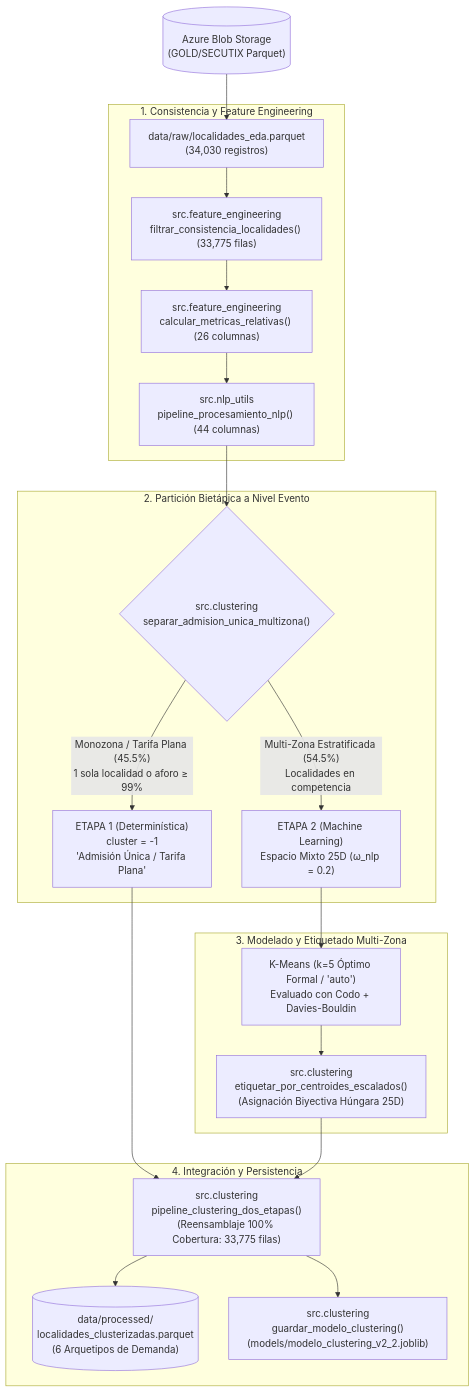
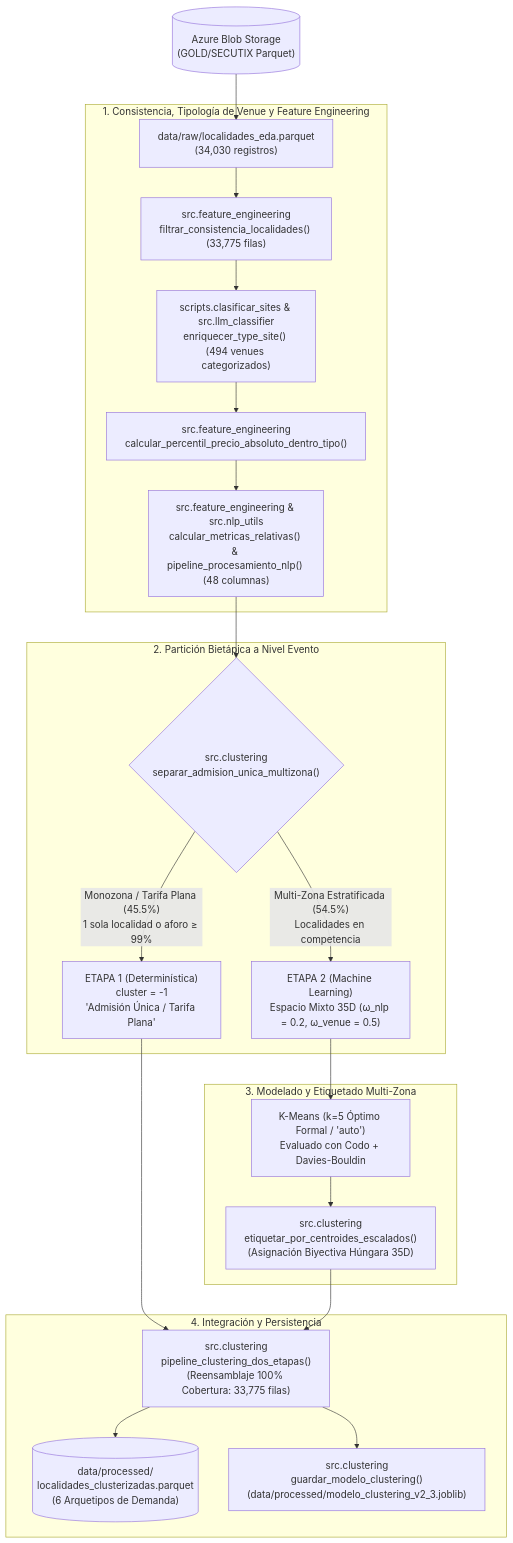
One commit to valentinatuboleta/clusterizacion-localidades changed the second of 3 diagrams in DOCUMENTACION_MODELO_CLUSTERIZACION.md. Above: the diagram before and after it, drawn with Mermaid. The commit also changed other lines of this file and 6 other files, not shown here.

````diff
--- a/DOCUMENTACION_MODELO_CLUSTERIZACION.md
+++ b/DOCUMENTACION_MODELO_CLUSTERIZACION.md
@@ -47,27 +47,28 @@
 ```mermaid
 flowchart TD
     A[("Azure Blob Storage\n(GOLD/SECUTIX Parquet)")] --> B["data/raw/localidades_eda.parquet\n(34,030 registros)"]
     
-    subgraph S1 ["1. Consistencia y Feature Engineering"]
+    subgraph S1 ["1. Consistencia, Tipología de Venue y Feature Engineering"]
         B --> C["src.feature_engineering\nfiltrar_consistencia_localidades() (33,775 filas)"]
-        C --> D["src.feature_engineering\ncalcular_metricas_relativas() (26 columnas)"]
-        D --> E["src.nlp_utils\npipeline_procesamiento_nlp() (44 columnas)"]
+        C --> D1["scripts.clasificar_sites & src.llm_classifier\nenriquecer_type_site() (494 venues categorizados)"]
+        D1 --> D2["src.feature_engineering\ncalcular_percentil_precio_absoluto_dentro_tipo()"]
+        D2 --> D3["src.feature_engineering & src.nlp_utils\ncalcular_metricas_relativas() & pipeline_procesamiento_nlp() (48 columnas)"]
     end
 
     subgraph S2 ["2. Partición Bietápica a Nivel Evento"]
-        E --> F{"src.clustering\nseparar_admision_unica_multizona()"}
+        D3 --> F{"src.clustering\nseparar_admision_unica_multizona()"}
         F -->|"Monozona / Tarifa Plana (45.5%)\n1 sola localidad o aforo ≥ 99%"| G["ETAPA 1 (Determinística)\ncluster = -1\n'Admisión Única / Tarifa Plana'"]
-        F -->|"Multi-Zona Estratificada (54.5%)\nLocalidades en competencia"| H["ETAPA 2 (Machine Learning)\nEspacio Mixto 25D (ω_nlp = 0.2)"]
+        F -->|"Multi-Zona Estratificada (54.5%)\nLocalidades en competencia"| H["ETAPA 2 (Machine Learning)\nEspacio Mixto 35D (ω_nlp = 0.2, ω_venue = 0.5)"]
     end
 
     subgraph S3 ["3. Modelado y Etiquetado Multi-Zona"]
         H --> I["K-Means (k=5 Óptimo Formal / 'auto')\nEvaluado con Codo + Davies-Bouldin"]
-        I --> J["src.clustering\netiquetar_por_centroides_escalados()\n(Asignación Biyectiva Húngara 25D)"]
+        I --> J["src.clustering\netiquetar_por_centroides_escalados()\n(Asignación Biyectiva Húngara 35D)"]
     end
 
     subgraph S4 ["4. Integración y Persistencia"]
         G & J --> K["src.clustering\npipeline_clustering_dos_etapas()\n(Reensamblaje 100% Cobertura: 33,775 filas)"]
         K --> L[("data/processed/\nlocalidades_clusterizadas.parquet\n(6 Arquetipos de Demanda)")]
-        K --> M["src.clustering\nguardar_modelo_clustering()\n(models/modelo_clustering_v2_2.joblib)"]
+        K --> M["src.clustering\nguardar_modelo_clustering()\n(data/processed/modelo_clustering_v2_3.joblib)"]
     end
 ```
````
